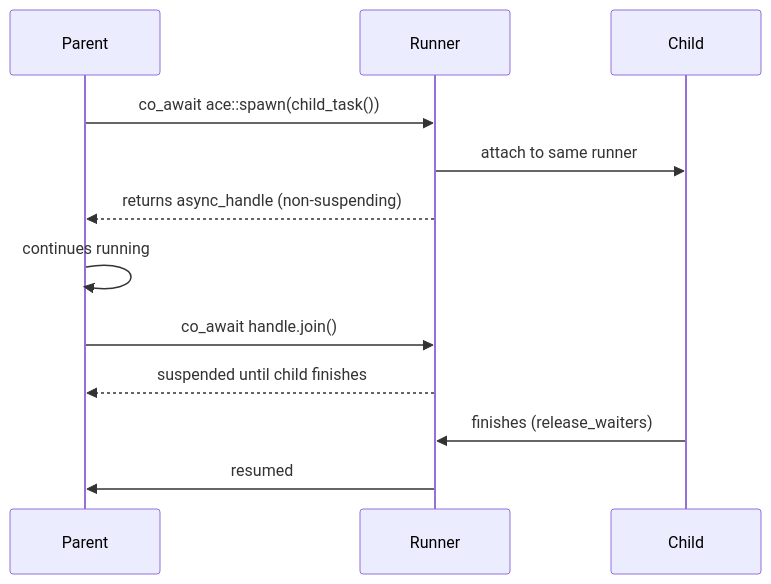
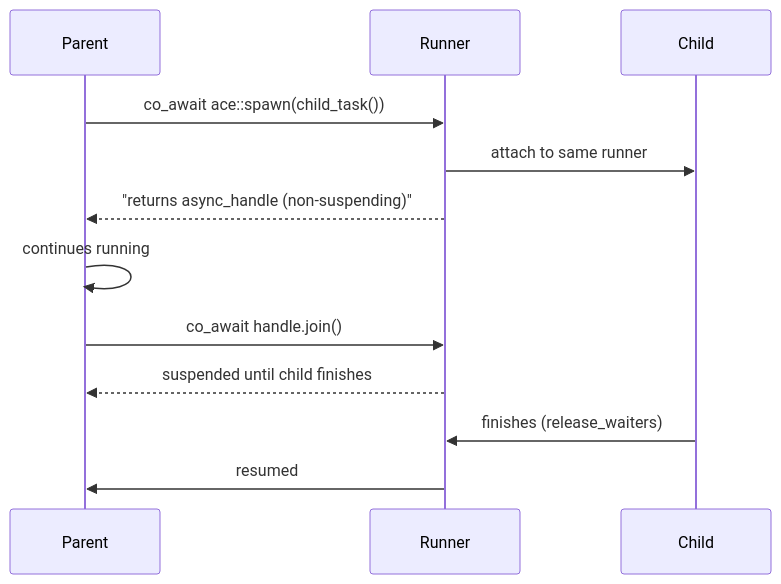
One commit to OnionSpirit/ace changed the seventh of 9 diagrams in README.md. Above: the diagram before and after it, drawn with Mermaid. The commit also changed other lines of this file, not shown here.

````diff
--- a/README.md
+++ b/README.md
@@ -347,15 +347,15 @@
 ```mermaid
 sequenceDiagram
     participant Parent
     participant Runner
     participant Child
 
     Parent->>Runner: co_await ace::spawn(child_task())
     Runner->>Child: attach to same runner
-    Runner-->>Parent: returns async_handle (non-suspending)
+    Runner-->>Parent: "returns async_handle (non-suspending)"
     Parent->>Parent: continues running
     Parent->>Runner: co_await handle.join()
     Runner-->>Parent: suspended until child finishes
     Child->>Runner: finishes (release_waiters)
     Runner->>Parent: resumed
 ```
````
